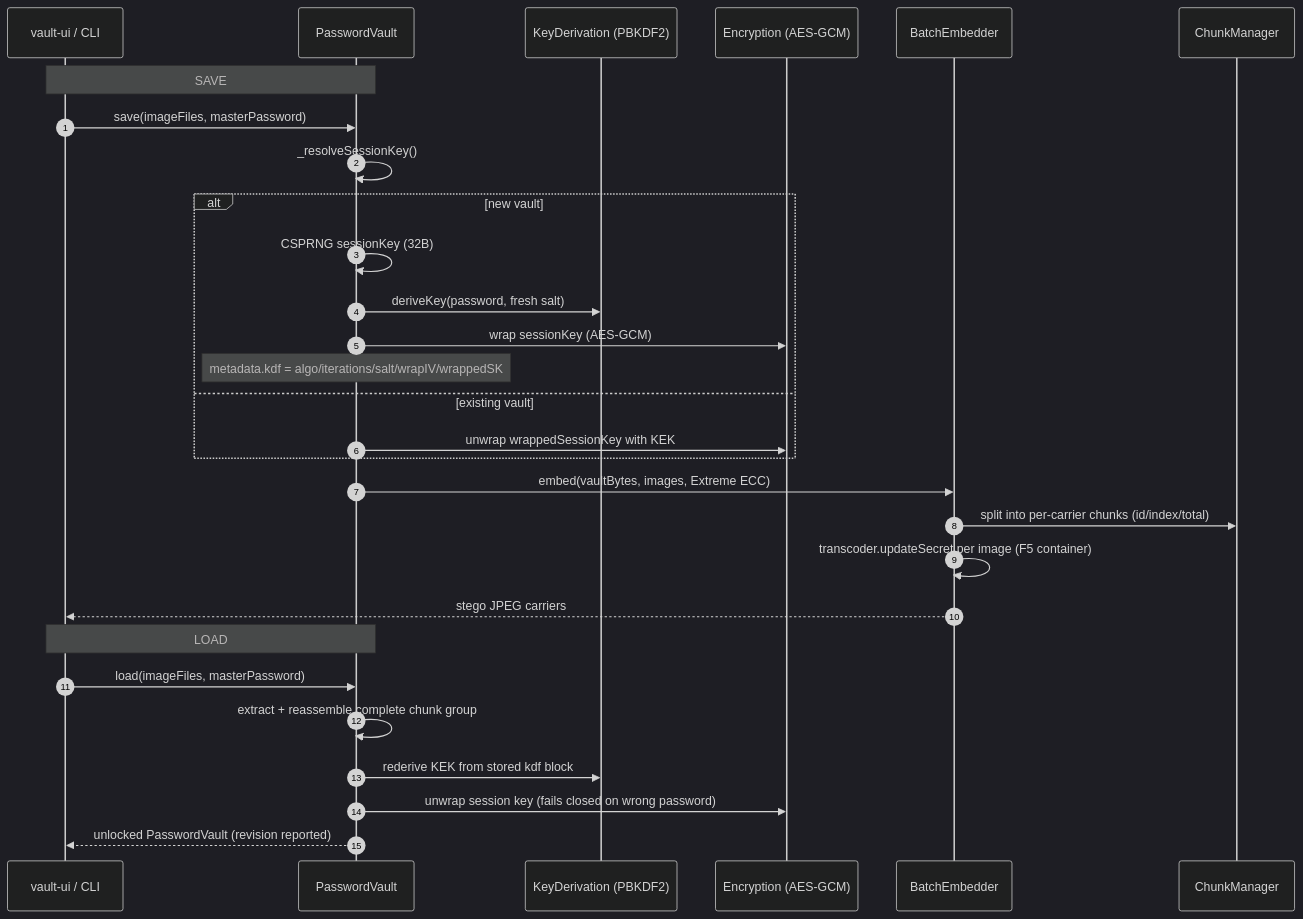
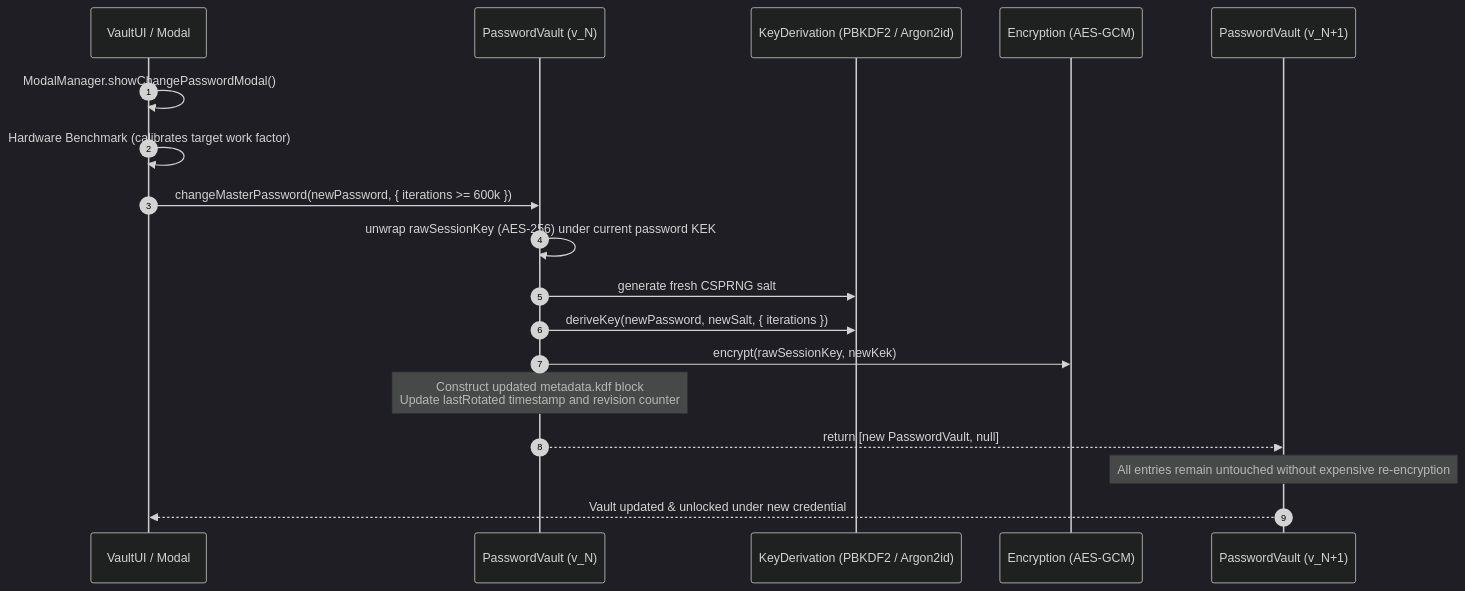
Before and after one commit to jessebeard/Ollie: the fourth of 5 diagrams in src/specs/WIREFRAME.md, drawn with Mermaid (dark theme). The commit also changed other lines of this file and 200 other files, not shown here.

````diff
--- a/src/specs/WIREFRAME.md
+++ b/src/specs/WIREFRAME.md
@@ -376,33 +334,21 @@
 ```mermaid
 sequenceDiagram
     autonumber
-    participant UI as vault-ui / CLI
-    participant V as PasswordVault
-    participant KDF as KeyDerivation (PBKDF2)
+    participant UI as VaultUI / Modal
+    participant V as PasswordVault (v_N)
+    participant KDF as KeyDerivation (PBKDF2 / Argon2id)
     participant GCM as Encryption (AES-GCM)
-    participant BE as BatchEmbedder
-    participant CM as ChunkManager
+    participant VN as PasswordVault (v_N+1)
 
-    Note over UI,V: SAVE
-    UI->>V: save(imageFiles, masterPassword)
-    V->>V: _resolveSessionKey()
-    alt new vault
-        V->>V: CSPRNG sessionKey (32B)
-        V->>KDF: deriveKey(password, fresh salt)
-        V->>GCM: wrap sessionKey (AES-GCM)
-        Note over V: metadata.kdf = algo/iterations/salt/wrapIV/wrappedSK
-    else existing vault
-        V->>GCM: unwrap wrappedSessionKey with KEK
-    end
-    V->>BE: embed(vaultBytes, images, Extreme ECC)
-    BE->>CM: split into per-carrier chunks (id/index/total)
-    BE->>BE: transcoder.updateSecret per image (F5 container)
-    BE-->>UI: stego JPEG carriers
-
-    Note over UI,V: LOAD
-    UI->>V: load(imageFiles, masterPassword)
-    V->>V: extract + reassemble complete chunk group
-    V->>KDF: rederive KEK from stored kdf block
-    V->>GCM: unwrap session key (fails closed on wrong password)
-    V-->>UI: unlocked PasswordVault (revision reported)
+    UI->>UI: ModalManager.showChangePasswordModal()
+    UI->>UI: Hardware Benchmark (calibrates target work factor)
+    UI->>V: changeMasterPassword(newPassword, { iterations >= 600k })
+    V->>V: unwrap rawSessionKey (AES-256) under current password KEK
+    V->>KDF: generate fresh CSPRNG salt
+    V->>KDF: deriveKey(newPassword, newSalt, { iterations })
+    V->>GCM: encrypt(rawSessionKey, newKek)
+    Note over V: Construct updated metadata.kdf block<br/>Update lastRotated timestamp and revision counter
+    V-->>VN: return [new PasswordVault, null]
+    Note over VN: All entries remain untouched without expensive re-encryption
+    VN-->>UI: Vault updated & unlocked under new credential
 ```
````
